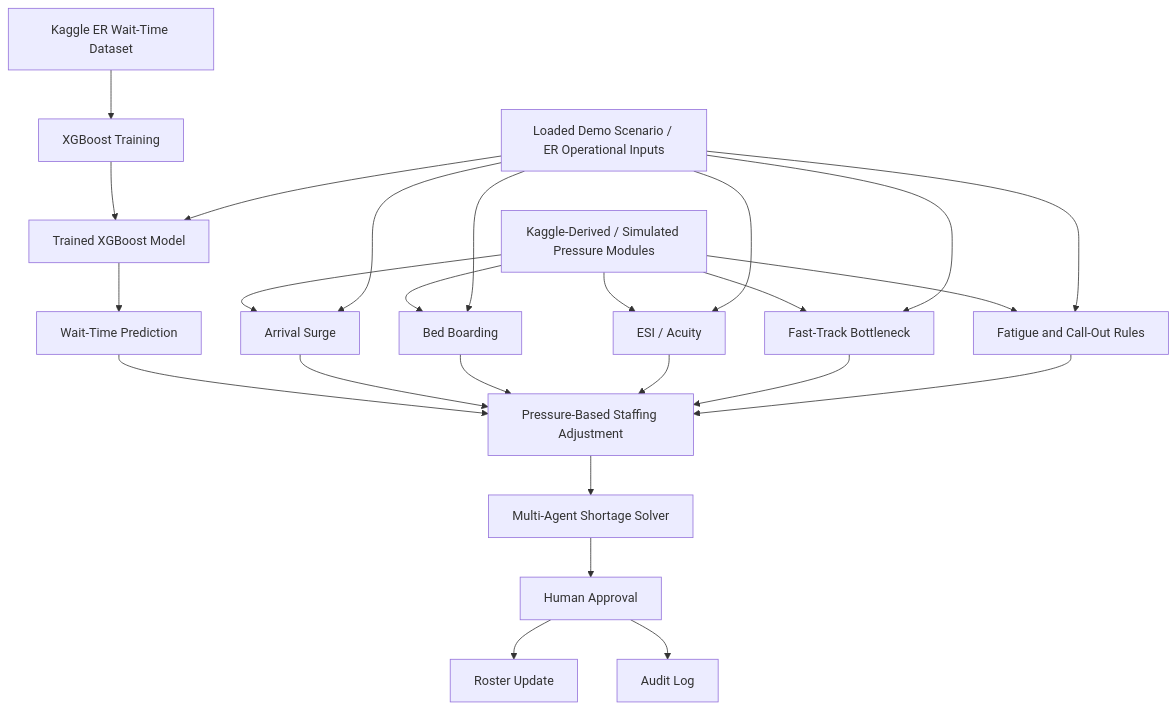
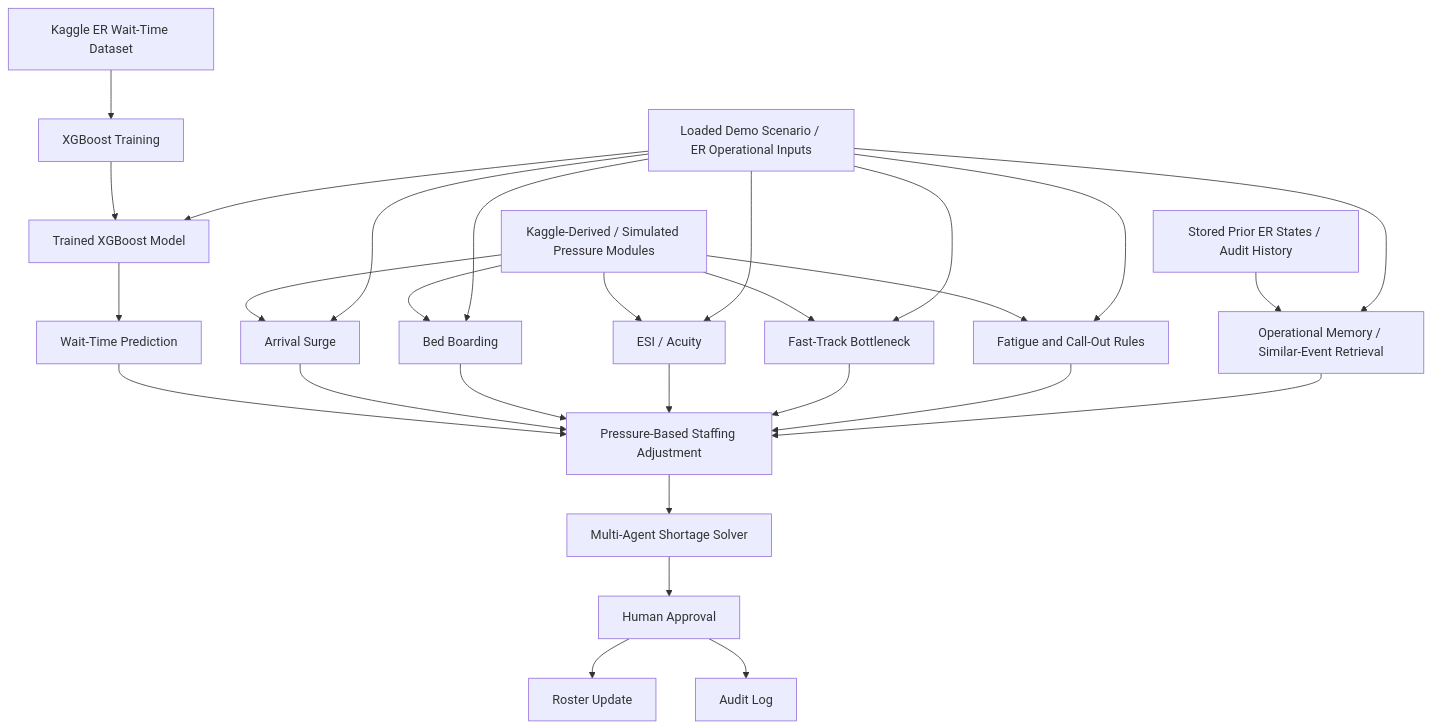
The second of 2 diagrams in README.md (draculess99/SafeStaff_AI), drawn with Mermaid before and after one commit. The commit also changed other lines of this file, not shown here.

````diff
--- a/README.md
+++ b/README.md
@@ -228,32 +231,36 @@
 ```mermaid
 flowchart TD
     A[Kaggle ER Wait-Time Dataset] --> B[XGBoost Training]
     B --> C[Trained XGBoost Model]
 
     S[Loaded Demo Scenario / ER Operational Inputs] --> C
     C --> P[Wait-Time Prediction]
 
     D[Kaggle-Derived / Simulated Pressure Modules] --> D1[Arrival Surge]
     D --> D2[Bed Boarding]
     D --> D3[ESI / Acuity]
     D --> D4[Fast-Track Bottleneck]
     D --> D5[Fatigue and Call-Out Rules]
 
     S --> D1
     S --> D2
     S --> D3
     S --> D4
     S --> D5
 
+    R[Stored Prior ER States / Audit History] --> M[Operational Memory / Similar-Event Retrieval]
+    S --> M
+
     P --> E[Pressure-Based Staffing Adjustment]
     D1 --> E
     D2 --> E
     D3 --> E
     D4 --> E
     D5 --> E
+    M --> E
 
     E --> F[Multi-Agent Shortage Solver]
     F --> G[Human Approval]
     G --> H[Roster Update]
     G --> I[Audit Log]
 ```
````
